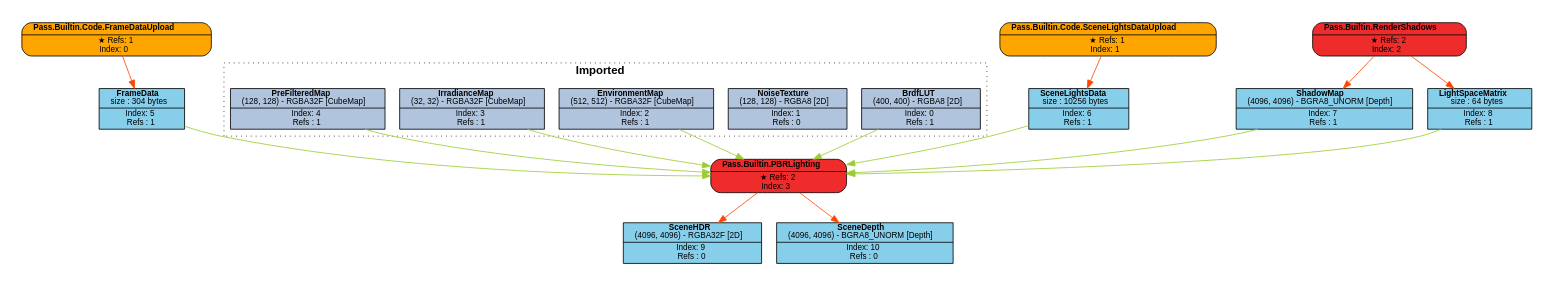
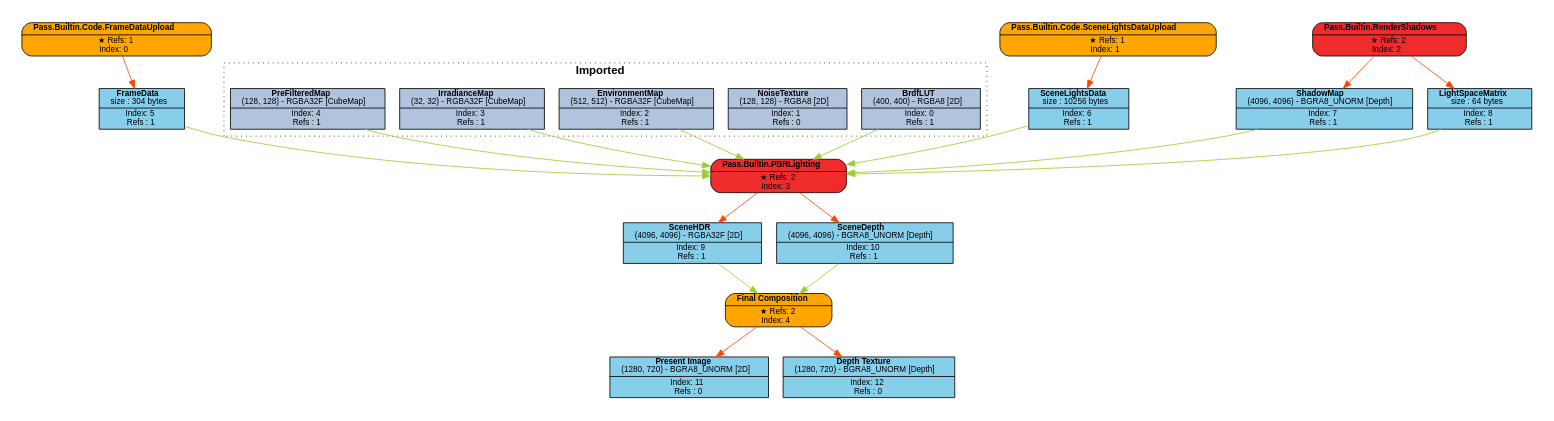
The diagram in Engine/content/FrameGraphs/pbr_lighting_data_driven.dot (Pikachuxxxx/Razix), drawn with Graphviz before and after one commit. The commit also changed 14 other files, not shown here.

Commit message:
FUCK YES! Data driven rendering work with frame graph;

```diff
--- a/Engine/content/FrameGraphs/pbr_lighting_data_driven.dot
+++ b/Engine/content/FrameGraphs/pbr_lighting_data_driven.dot
@@ -1,57 +1,66 @@
 digraph FrameGraph {
 graph [style=invis, rankdir="TB" ordering=out, splines=spline]
 node [shape=record, fontname="helvetica", fontsize=10, margin="0.2,0.03"]
 
 P0 [label=<{ {<B>Pass.Builtin.Code.FrameDataUpload</B>} | {&#x2605; Refs: 1<BR/> Index: 0} }> style="rounded,filled", fillcolor=orange]
 P1 [label=<{ {<B>Pass.Builtin.Code.SceneLightsDataUpload</B>} | {&#x2605; Refs: 1<BR/> Index: 1} }> style="rounded,filled", fillcolor=orange]
 P2 [label=<{ {<B>Pass.Builtin.RenderShadows</B>} | {&#x2605; Refs: 2<BR/> Index: 2} }> style="rounded,filled", fillcolor=firebrick2]
 P3 [label=<{ {<B>Pass.Builtin.PBRLighting</B>} | {&#x2605; Refs: 2<BR/> Index: 3} }> style="rounded,filled", fillcolor=firebrick2]
+P4 [label=<{ {<B>Final Composition</B>} | {&#x2605; Refs: 2<BR/> Index: 4} }> style="rounded,filled", fillcolor=orange]
 
 R0_1 [label=<{ {<B>BrdfLUT</B><BR/>(400, 400) - RGBA8 [2D]} | {Index: 0<BR/>Refs : 1} }> style=filled, fillcolor=lightsteelblue]
 R1_1 [label=<{ {<B>NoiseTexture</B><BR/>(128, 128) - RGBA8 [2D]} | {Index: 1<BR/>Refs : 0} }> style=filled, fillcolor=lightsteelblue]
 R2_1 [label=<{ {<B>EnvironmentMap</B><BR/>(512, 512) - RGBA32F [CubeMap]} | {Index: 2<BR/>Refs : 1} }> style=filled, fillcolor=lightsteelblue]
 R3_1 [label=<{ {<B>IrradianceMap</B><BR/>(32, 32) - RGBA32F [CubeMap]} | {Index: 3<BR/>Refs : 1} }> style=filled, fillcolor=lightsteelblue]
 R4_1 [label=<{ {<B>PreFilteredMap</B><BR/>(128, 128) - RGBA32F [CubeMap]} | {Index: 4<BR/>Refs : 1} }> style=filled, fillcolor=lightsteelblue]
 R5_1 [label=<{ {<B>FrameData</B><BR/>size : 304 bytes} | {Index: 5<BR/>Refs : 1} }> style=filled, fillcolor=skyblue]
 R6_1 [label=<{ {<B>SceneLightsData</B><BR/>size : 10256 bytes} | {Index: 6<BR/>Refs : 1} }> style=filled, fillcolor=skyblue]
 R7_1 [label=<{ {<B>ShadowMap</B><BR/>(4096, 4096) - BGRA8_UNORM [Depth]} | {Index: 7<BR/>Refs : 1} }> style=filled, fillcolor=skyblue]
 R8_1 [label=<{ {<B>LightSpaceMatrix</B><BR/>size : 64 bytes} | {Index: 8<BR/>Refs : 1} }> style=filled, fillcolor=skyblue]
-R9_1 [label=<{ {<B>SceneHDR</B><BR/>(4096, 4096) - RGBA32F [2D]} | {Index: 9<BR/>Refs : 0} }> style=filled, fillcolor=skyblue]
-R10_1 [label=<{ {<B>SceneDepth</B><BR/>(4096, 4096) - BGRA8_UNORM [Depth]} | {Index: 10<BR/>Refs : 0} }> style=filled, fillcolor=skyblue]
+R9_1 [label=<{ {<B>SceneHDR</B><BR/>(4096, 4096) - RGBA32F [2D]} | {Index: 9<BR/>Refs : 1} }> style=filled, fillcolor=skyblue]
+R10_1 [label=<{ {<B>SceneDepth</B><BR/>(4096, 4096) - BGRA8_UNORM [Depth]} | {Index: 10<BR/>Refs : 1} }> style=filled, fillcolor=skyblue]
+R11_1 [label=<{ {<B>Present Image</B><BR/>(1280, 720) - BGRA8_UNORM [2D]} | {Index: 11<BR/>Refs : 0} }> style=filled, fillcolor=skyblue]
+R12_1 [label=<{ {<B>Depth Texture</B><BR/>(1280, 720) - BGRA8_UNORM [Depth]} | {Index: 12<BR/>Refs : 0} }> style=filled, fillcolor=skyblue]
 
 P0 -> { R5_1 } [color=orangered]
 P1 -> { R6_1 } [color=orangered]
 P2 -> { R7_1 R8_1 } [color=orangered]
 P3 -> { R9_1 R10_1 } [color=orangered]
+P4 -> { R11_1 R12_1 } [color=orangered]
 
 R0_1 -> { P3 } [color=olivedrab3]
 R1_1 -> { } [color=olivedrab3]
 R2_1 -> { P3 } [color=olivedrab3]
 R3_1 -> { P3 } [color=olivedrab3]
 R4_1 -> { P3 } [color=olivedrab3]
 R5_1 -> { P3 } [color=olivedrab3]
 R6_1 -> { P3 } [color=olivedrab3]
 R7_1 -> { P3 } [color=olivedrab3]
 R8_1 -> { P3 } [color=olivedrab3]
-R9_1 -> { } [color=olivedrab3]
-R10_1 -> { } [color=olivedrab3]
+R9_1 -> { P4 } [color=olivedrab3]
+R10_1 -> { P4 } [color=olivedrab3]
+R11_1 -> { } [color=olivedrab3]
+R12_1 -> { } [color=olivedrab3]
 
 subgraph cluster_0 {
 P0 R5_1 
 }
 subgraph cluster_1 {
 P1 R6_1 
 }
 subgraph cluster_2 {
 P2 R7_1 R8_1 
 }
 subgraph cluster_3 {
 P3 R9_1 R10_1 
 }
+subgraph cluster_4 {
+P4 R11_1 R12_1 
+}
 
 subgraph cluster_imported_resources {
 graph [style=dotted, fontname="helvetica", label=< <B>Imported</B> >]
 R0_1 R1_1 R2_1 R3_1 R4_1 
 }
 
 }
```
